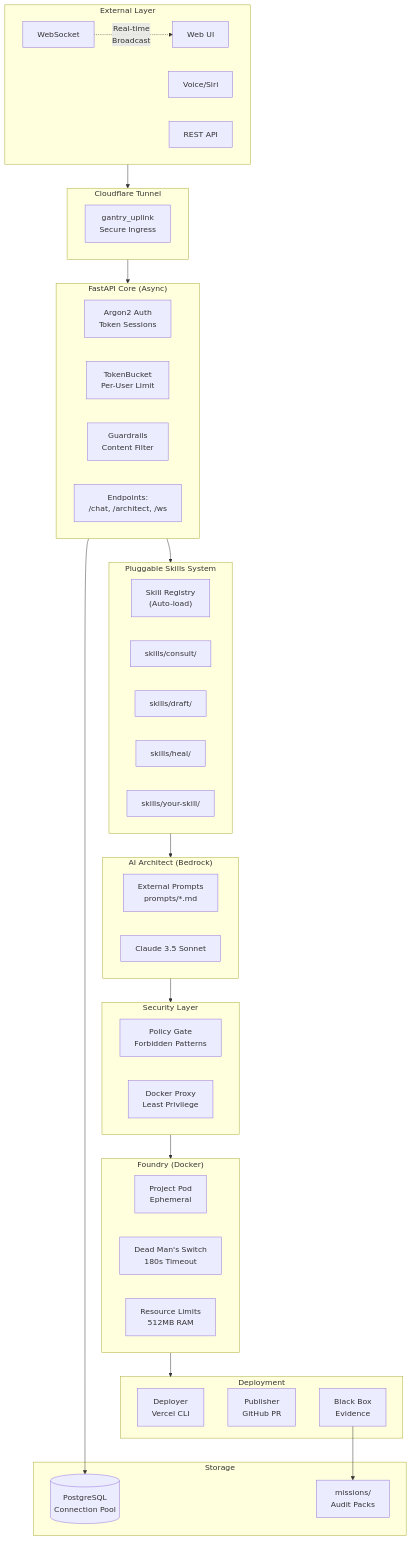
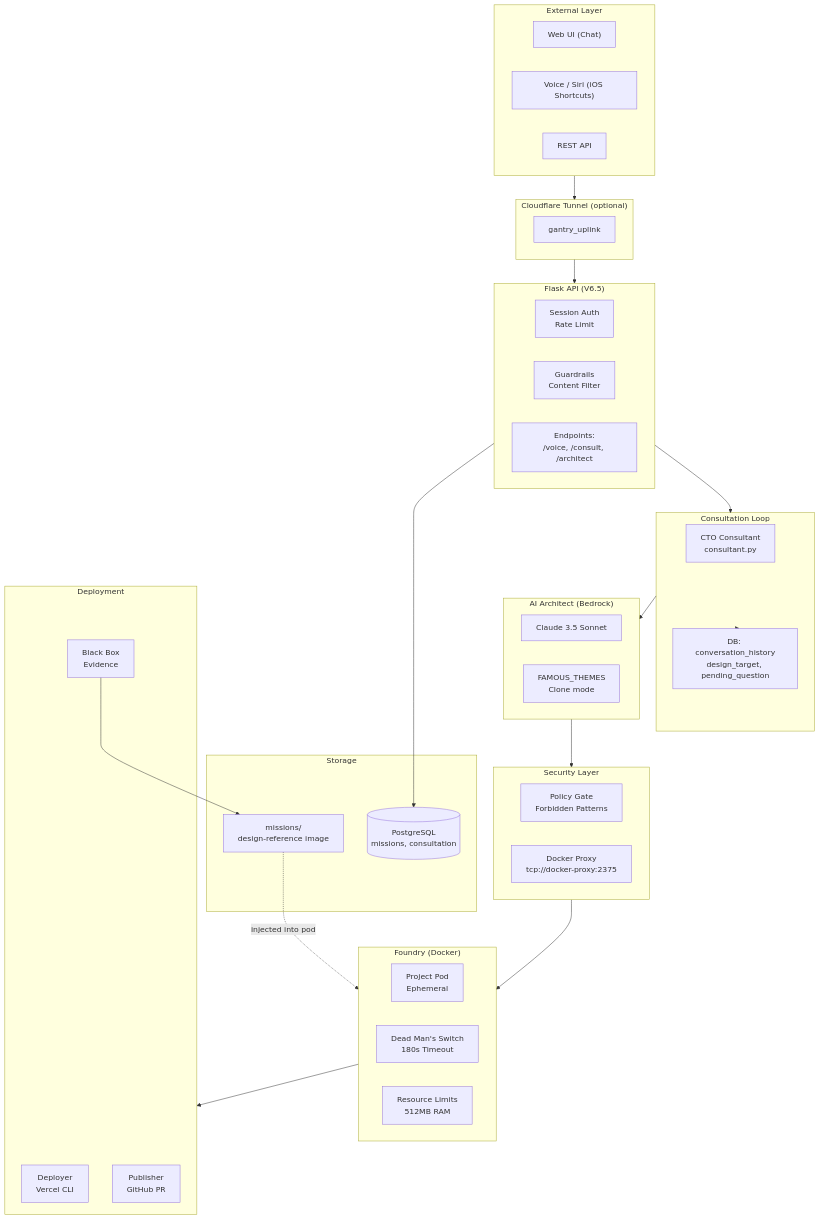
One commit to Jarvis2021/gantry changed the first of 4 diagrams in ARCHITECTURE.md. Above: the diagram before and after it, drawn with Mermaid. The commit also changed other lines of this file and 1 other file, not shown here.

First line of the commit message:
docs: align ARCHITECTURE and README with V6.5 consultation loop

````diff
--- a/ARCHITECTURE.md
+++ b/ARCHITECTURE.md
@@ -36,63 +35,61 @@
 ```mermaid
 flowchart TB
     subgraph External["External Layer"]
-        WebUI["Web UI"]
-        Voice["Voice/Siri"]
+        WebUI["Web UI (Chat)"]
+        Voice["Voice / Siri (iOS Shortcuts)"]
         API["REST API"]
-        WS["WebSocket"]
     end
 
-    subgraph Tunnel["Cloudflare Tunnel"]
-        Uplink["gantry_uplink<br/>Secure Ingress"]
+    subgraph Tunnel["Cloudflare Tunnel (optional)"]
+        Uplink["gantry_uplink"]
     end
 
-    subgraph FastAPI["FastAPI Core (Async)"]
-        Auth["Argon2 Auth<br/>Token Sessions"]
-        Rate["TokenBucket<br/>Per-User Limit"]
+    subgraph FlaskApp["Flask API (V6.5)"]
+        Auth["Session Auth<br/>Rate Limit"]
         Guard["Guardrails<br/>Content Filter"]
-        Endpoints["Endpoints:<br/>/chat, /architect, /ws"]
+        Endpoints["Endpoints:<br/>/voice, /consult, /architect"]
     end
 
-    subgraph Skills["Pluggable Skills System"]
-        Registry["Skill Registry<br/>(Auto-load)"]
-        Consult["skills/consult/"]
-        Draft["skills/draft/"]
-        Heal["skills/heal/"]
-        Custom["skills/your-skill/"]
+    subgraph Consultation["Consultation Loop"]
+        Consultant["CTO Consultant<br/>consultant.py"]
+        DB_Conv["DB: conversation_history<br/>design_target, pending_question"]
     end
 
     subgraph Brain["AI Architect (Bedrock)"]
-        Prompts["External Prompts<br/>prompts/*.md"]
         Claude["Claude 3.5 Sonnet"]
+        Themes["FAMOUS_THEMES<br/>Clone mode"]
     end
 
     subgraph Security["Security Layer"]
         Policy["Policy Gate<br/>Forbidden Patterns"]
-        Proxy["Docker Proxy<br/>Least Privilege"]
+        Proxy["Docker Proxy<br/>tcp://docker-proxy:2375"]
     end
 
     subgraph Foundry["Foundry (Docker)"]
         Pod["Project Pod<br/>Ephemeral"]
         DMS["Dead Man's Switch<br/>180s Timeout"]
         Limits["Resource Limits<br/>512MB RAM"]
     end
 
     subgraph Deploy["Deployment"]
         Vercel["Deployer<br/>Vercel CLI"]
         GitHub["Publisher<br/>GitHub PR"]
         BB["Black Box<br/>Evidence"]
     end
 
     subgraph Storage["Storage"]
-        DB[(PostgreSQL<br/>Connection Pool)]
-        Missions["missions/<br/>Audit Packs"]
+        DB[(PostgreSQL<br/>missions, consultation)]
+        Missions["missions/<br/>design-reference image"]
     end
 
-    External --> Tunnel --> FastAPI
-    FastAPI --> Skills --> Brain
+    External --> Tunnel
+    Tunnel --> FlaskApp
+    FlaskApp --> Consultation
+    Consultation --> DB_Conv
+    Consultation --> Brain
     Brain --> Security --> Foundry
     Foundry --> Deploy
-    FastAPI --> DB
+    FlaskApp --> DB
     BB --> Missions
-    WS -.->|"Real-time<br/>Broadcast"| WebUI
+    Missions -.->|"injected into pod"| Foundry
 ```
````
